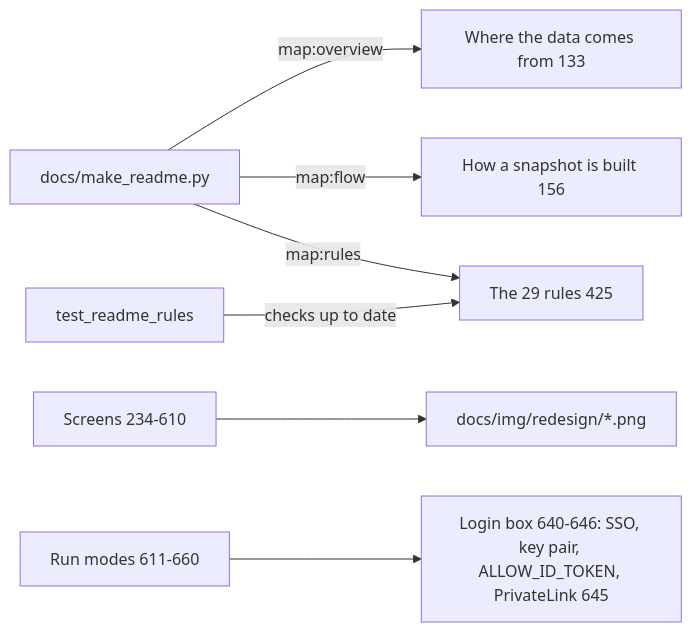
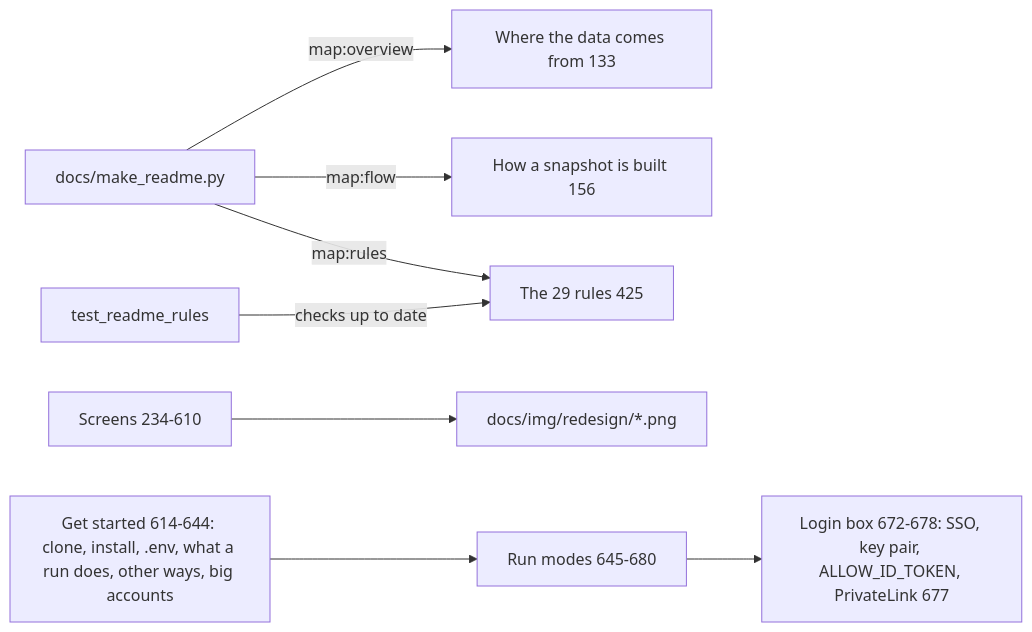
The diagram in snowflake-access-explorer-knowledge-graph/documents/readme-html.md (darshanmeel/snowflake-access-explorer), drawn with Mermaid before and after one commit. The commit also changed other lines of this file and 82 other files, not shown here.

Commit message:
Knowledge graph: parts store, two-stage load, background refresh, DuckDB rule walk, kept rule results, review fixes (to 448bdbb)

````diff
--- a/snowflake-access-explorer-knowledge-graph/documents/readme-html.md
+++ b/snowflake-access-explorer-knowledge-graph/documents/readme-html.md
@@ -4,9 +4,10 @@
 ```mermaid
 flowchart LR
   MK[docs/make_readme.py] -->|map:overview| O[Where the data comes from 133]
   MK -->|map:flow| F[How a snapshot is built 156]
   MK -->|map:rules| R[The 29 rules 425]
   T[test_readme_rules] -->|checks up to date| R
   S[Screens 234-610] --> IMG[docs/img/redesign/*.png]
-  RUN[Run modes 611-660] --> LOGIN[Login box 640-646: SSO, key pair, ALLOW_ID_TOKEN, PrivateLink 645]
+  GS[Get started 614-644: clone, install, .env, what a run does, other ways, big accounts] --> RUN
+  RUN[Run modes 645-680] --> LOGIN[Login box 672-678: SSO, key pair, ALLOW_ID_TOKEN, PrivateLink 677]
 ```
````
